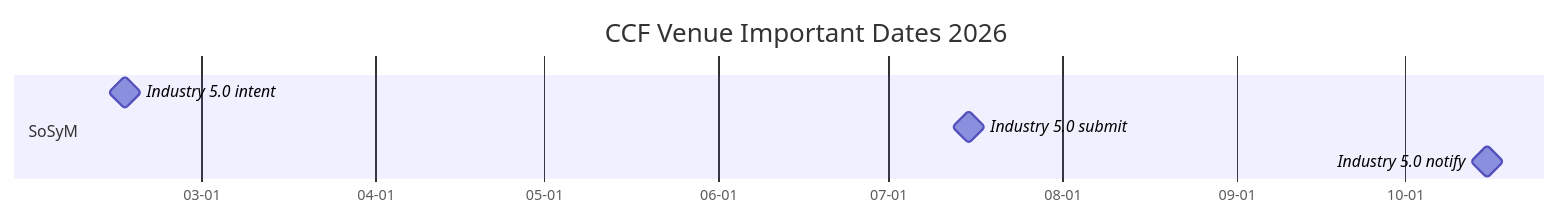
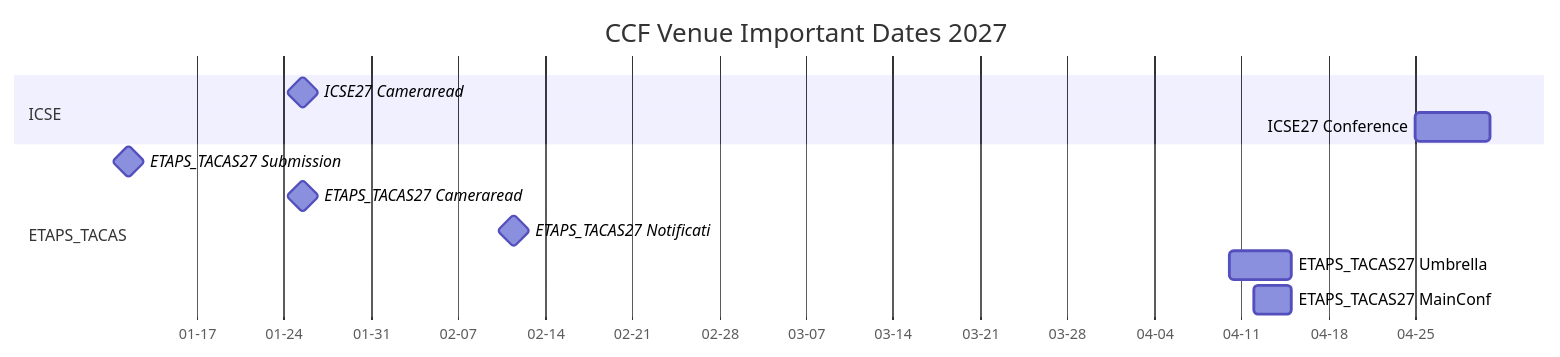
One commit to HansBug/research_ideas changed the second of 9 diagrams in ccf_venues/TIMELINE.md. Above: the diagram before and after it, drawn with Mermaid. The commit also changed other lines of this file and 48 other files, not shown here.

````diff
--- a/ccf_venues/TIMELINE.md
+++ b/ccf_venues/TIMELINE.md
@@ -130,11 +107,18 @@
 ```mermaid
 gantt
-  title CCF Venue Important Dates 2026
+  title CCF Venue Important Dates 2027
   dateFormat YYYY-MM-DD
   axisFormat %m-%d
 
-  section SoSyM
-  Industry 5.0 intent :milestone, sosym_industry_intent, 2026-02-15, 1d
-  Industry 5.0 submit :milestone, sosym_industry_submit, 2026-07-15, 1d
-  Industry 5.0 notify :milestone, sosym_industry_notify, 2026-10-15, 1d
+  section ICSE
+  ICSE27 Cameraread :milestone, icse2027_1_20270125, 2027-01-25, 1d
+  ICSE27 Conference :icse2027_2_20270425, 2027-04-25, 2027-05-01
+
+  section ETAPS_TACAS
+  ETAPS_TACAS27 Submission :milestone, etaps2027_1_20270111, 2027-01-11, 1d
+  ETAPS_TACAS27 Cameraread :milestone, etaps2027_2_20270125, 2027-01-25, 1d
+  ETAPS_TACAS27 Notificati :milestone, etaps2027_3_20270211, 2027-02-11, 1d
+  ETAPS_TACAS27 Umbrella :etaps2027_4_20270410, 2027-04-10, 2027-04-15
+  ETAPS_TACAS27 MainConf :etaps2027_5_20270412, 2027-04-12, 2027-04-15
+
 ```
````
